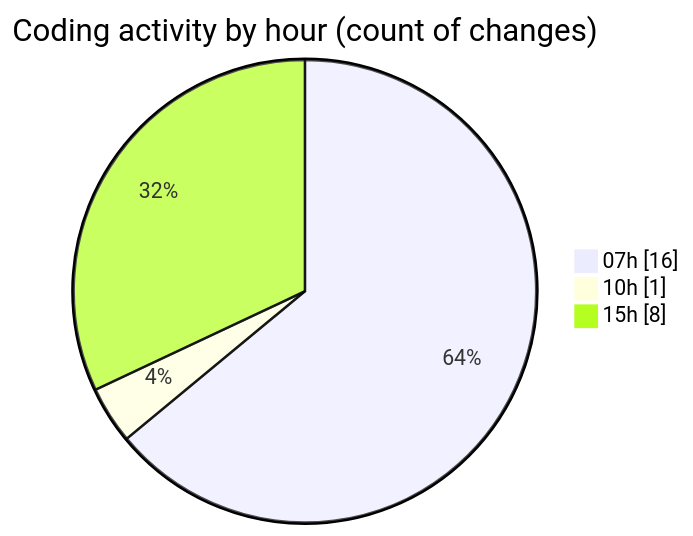
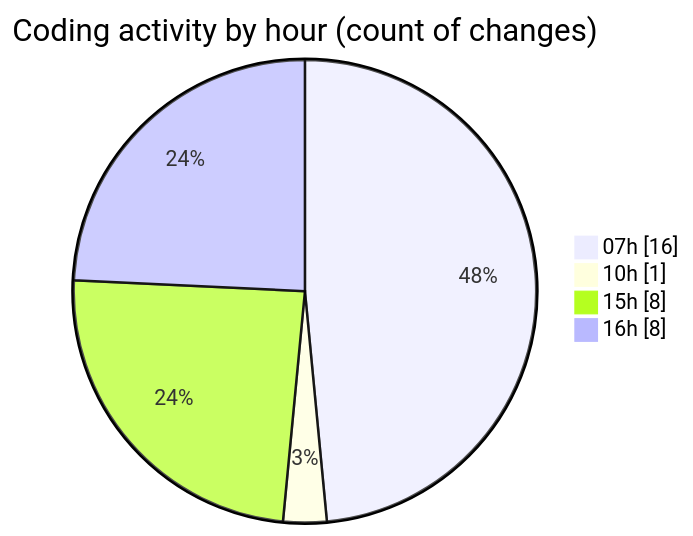
One commit to robertbonfada/code-tracking changed the second of 2 diagrams in 2025-03-07/mbc-web/README.md. Above: the diagram before and after it, drawn with Mermaid. The commit also changed other lines of this file and 1 other file, not shown here.

````diff
--- a/2025-03-07/mbc-web/README.md
+++ b/2025-03-07/mbc-web/README.md
@@ -36,7 +37,8 @@
 ```mermaid
 pie showData
 title Coding activity by hour (count of changes)
 "07h" : 16
 "10h" : 1
 "15h" : 8
+"16h" : 8
 ```
````
